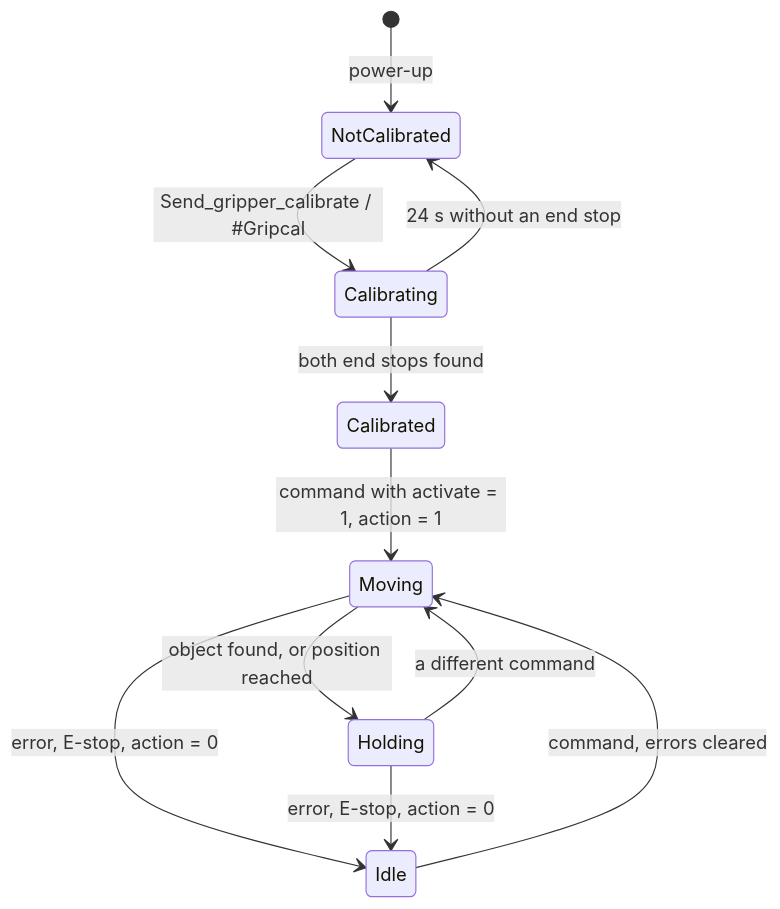
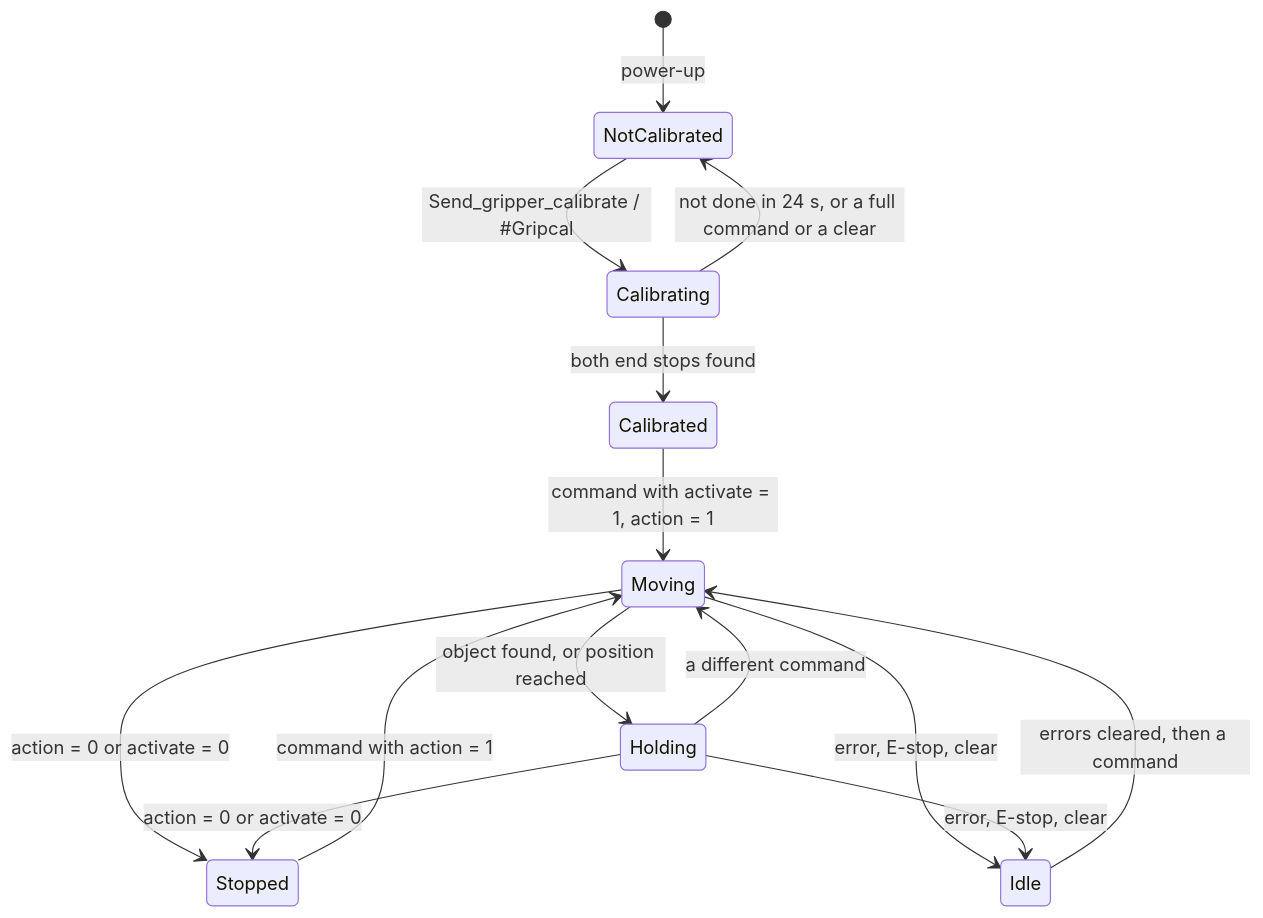
One commit to Source-Robotics/MSG-gripper-docs changed the first of 2 diagrams in docs/06-operation/how-it-works.md. Above: the diagram before and after it, drawn with Mermaid. The commit also changed other lines of this file and 33 other files, not shown here.

````diff
--- a/docs/06-operation/how-it-works.md
+++ b/docs/06-operation/how-it-works.md
@@ -8,13 +8,16 @@
 ```mermaid
 stateDiagram-v2
     [*] --> NotCalibrated: power-up
     NotCalibrated --> Calibrating: Send_gripper_calibrate / #Gripcal
     Calibrating --> Calibrated: both end stops found
-    Calibrating --> NotCalibrated: 24 s without an end stop
+    Calibrating --> NotCalibrated: not done in 24 s, or a full command or a clear
     Calibrated --> Moving: command with activate = 1, action = 1
     Moving --> Holding: object found, or position reached
     Holding --> Moving: a different command
-    Moving --> Idle: error, E-stop, action = 0
-    Holding --> Idle: error, E-stop, action = 0
-    Idle --> Moving: command, errors cleared
+    Moving --> Stopped: action = 0 or activate = 0
+    Holding --> Stopped: action = 0 or activate = 0
+    Stopped --> Moving: command with action = 1
+    Moving --> Idle: error, E-stop, clear
+    Holding --> Idle: error, E-stop, clear
+    Idle --> Moving: errors cleared, then a command
 ```
````
